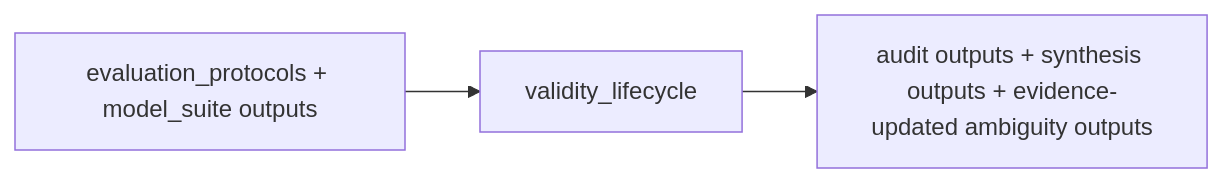
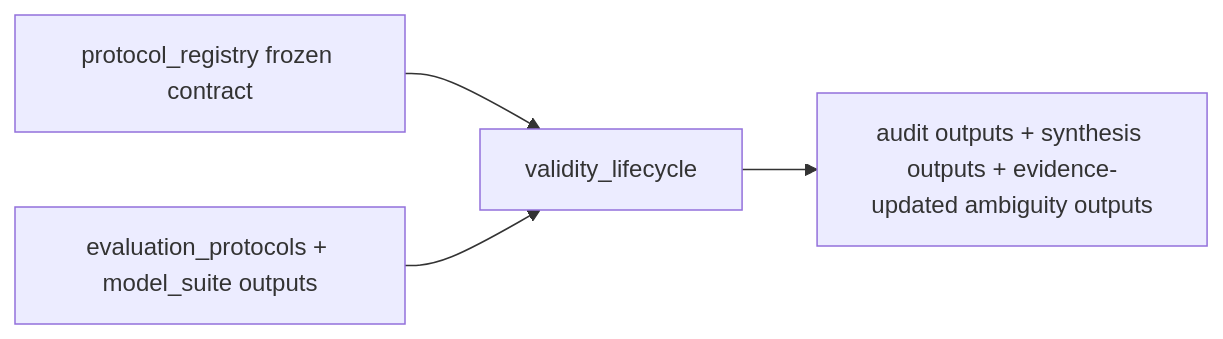
One commit to lawnguyenit/AgriFusion-IoT changed the diagram in Backend/Benchmark/validity_lifecycle/FLOW.md. Above: the diagram before and after it, drawn with Mermaid. The commit also changed other lines of this file and 44 other files, not shown here.

````diff
--- a/Backend/Benchmark/validity_lifecycle/FLOW.md
+++ b/Backend/Benchmark/validity_lifecycle/FLOW.md
@@ -5,5 +5,6 @@
 ```mermaid
 flowchart LR
-    A["evaluation_protocols + model_suite outputs"] --> B["validity_lifecycle"]
+    P["protocol_registry frozen contract"] --> B["validity_lifecycle"]
+    A["evaluation_protocols + model_suite outputs"] --> B
     B --> C["audit outputs + synthesis outputs + evidence-updated ambiguity outputs"]
 ```
````
